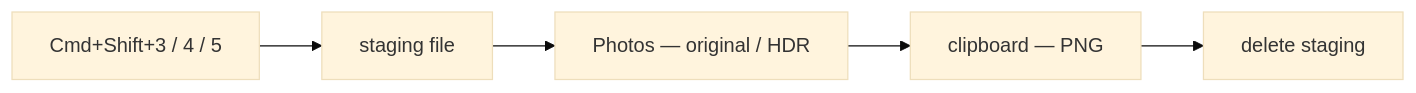
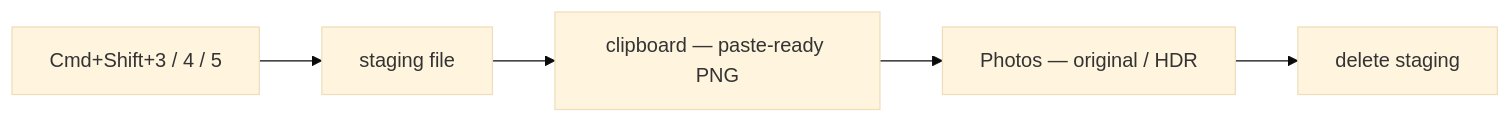
Before and after one commit to travisjneuman/macos-screenshot-pipeline: the first of 3 diagrams in README.md, drawn with Mermaid (base theme). The commit also changed other lines of this file and 20 other files, not shown here.

````diff
--- a/README.md
+++ b/README.md
@@ -30,7 +30,7 @@
 ```mermaid
 flowchart LR
   K["Cmd+Shift+3 / 4 / 5"] --> S["staging file"]
-  S --> H["Photos — original / HDR"]
-  H --> P["clipboard — PNG"]
-  P --> D["delete staging"]
+  S --> P["clipboard — paste-ready PNG"]
+  P --> H["Photos — original / HDR"]
+  H --> D["delete staging"]
 ```
````
